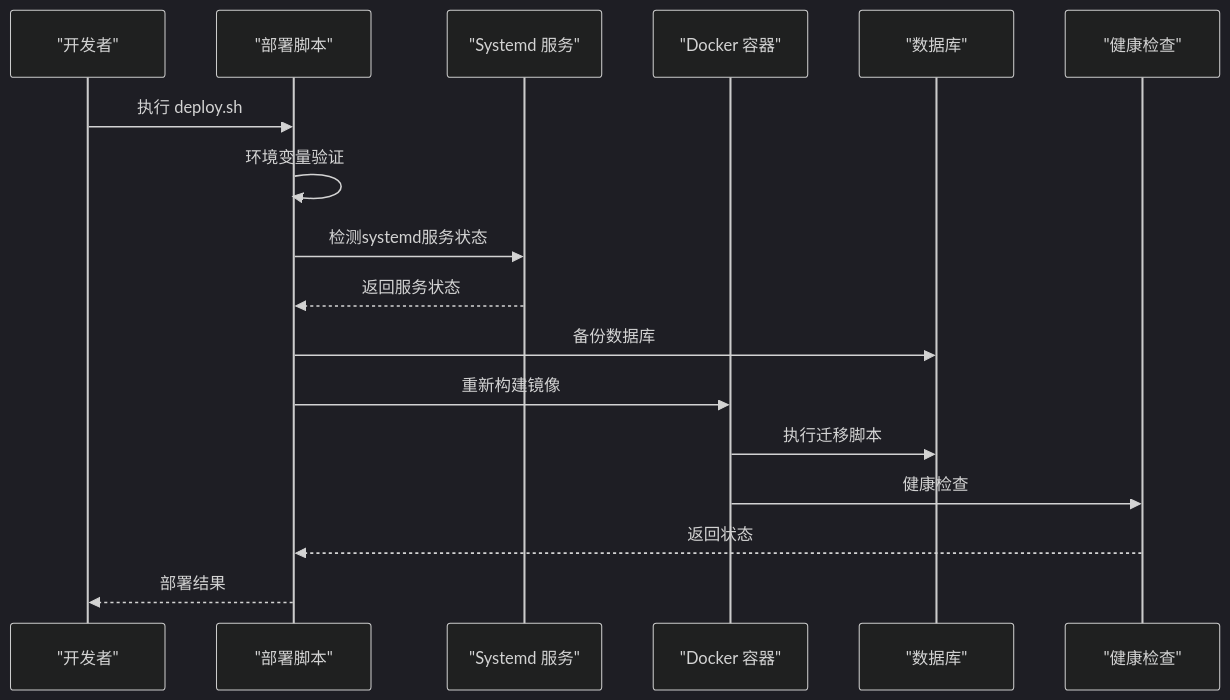
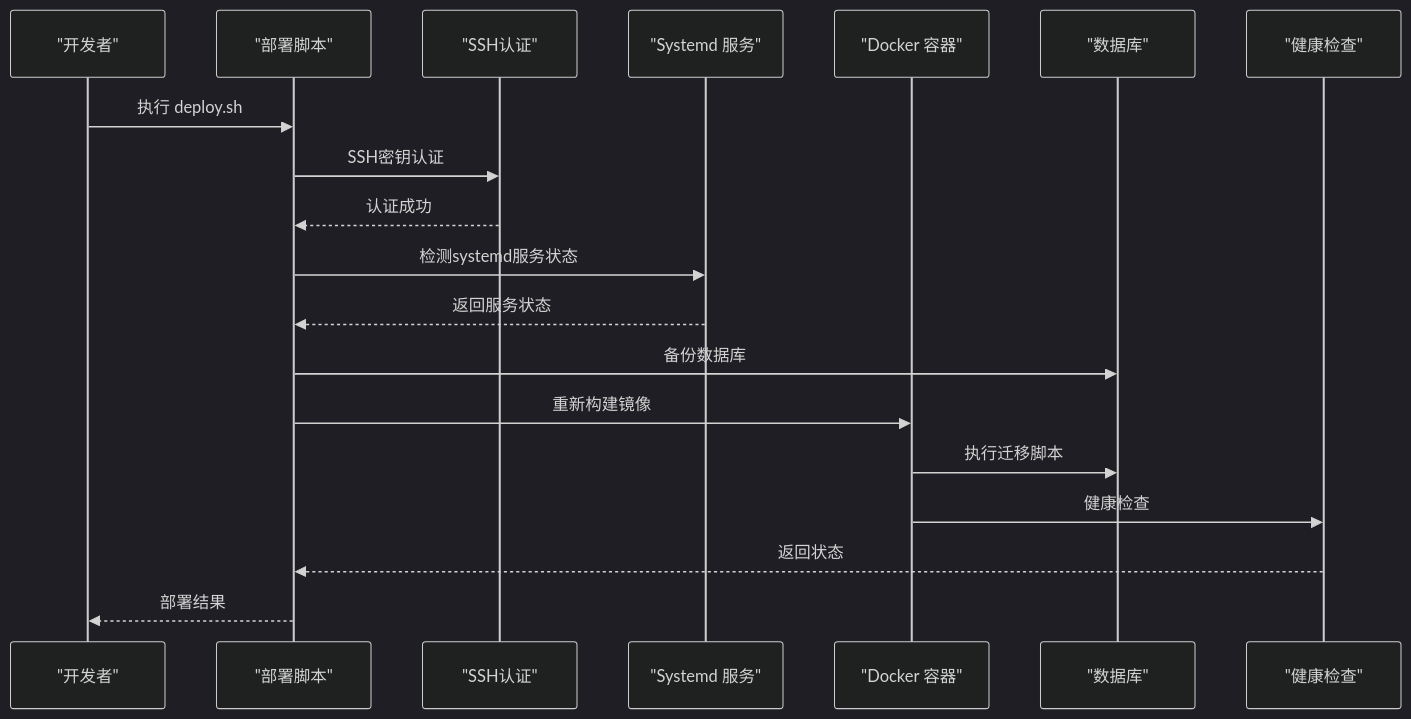
The fourth of 9 diagrams in .qoder/repowiki/zh/content/部署与运维指南/部署与运维指南.md (onebody/homework), drawn with Mermaid (dark theme) before and after one commit. The commit also changed other lines of this file and 35 other files, not shown here.

````diff
--- a/.qoder/repowiki/zh/content/部署与运维指南/部署与运维指南.md
+++ b/.qoder/repowiki/zh/content/部署与运维指南/部署与运维指南.md
@@ -329,19 +336,21 @@
 ```mermaid
 sequenceDiagram
 participant Dev as "开发者"
 participant Script as "部署脚本"
+participant SSH as "SSH认证"
 participant Systemd as "Systemd 服务"
 participant Docker as "Docker 容器"
 participant DB as "数据库"
 participant Health as "健康检查"
 Dev->>Script : 执行 deploy.sh
-Script->>Script : 环境变量验证
+Script->>SSH : SSH密钥认证
+SSH-->>Script : 认证成功
 Script->>Systemd : 检测systemd服务状态
 Systemd-->>Script : 返回服务状态
 Script->>DB : 备份数据库
 Script->>Docker : 重新构建镜像
 Docker->>DB : 执行迁移脚本
 Docker->>Health : 健康检查
 Health-->>Script : 返回状态
 Script-->>Dev : 部署结果
 ```
````
